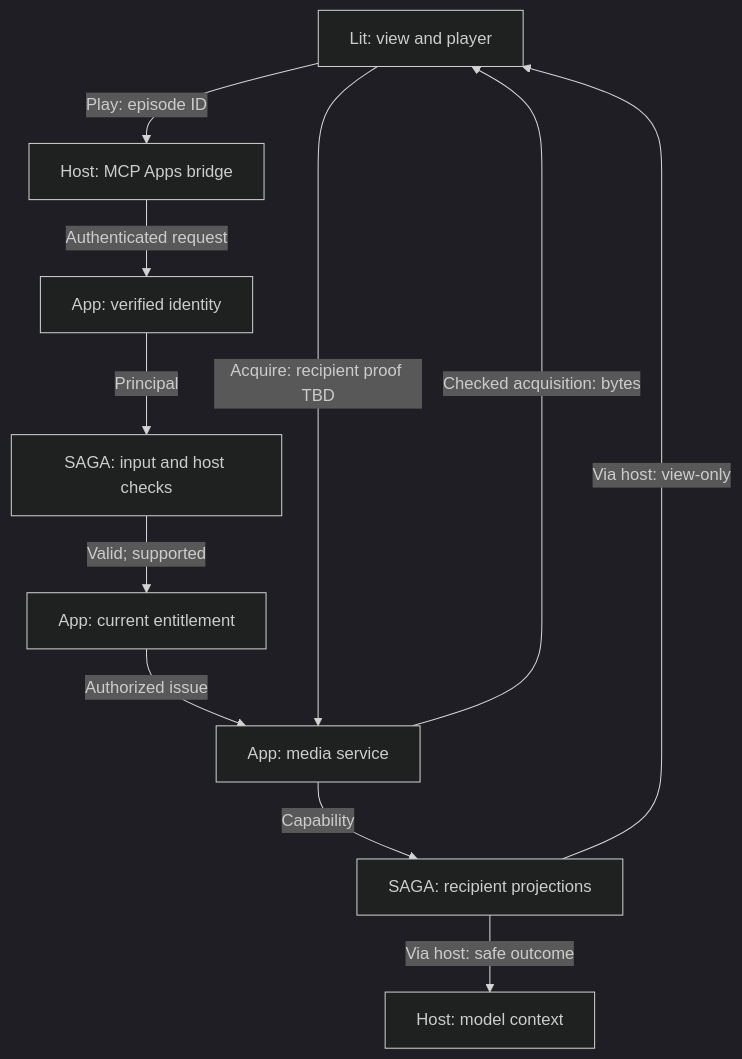
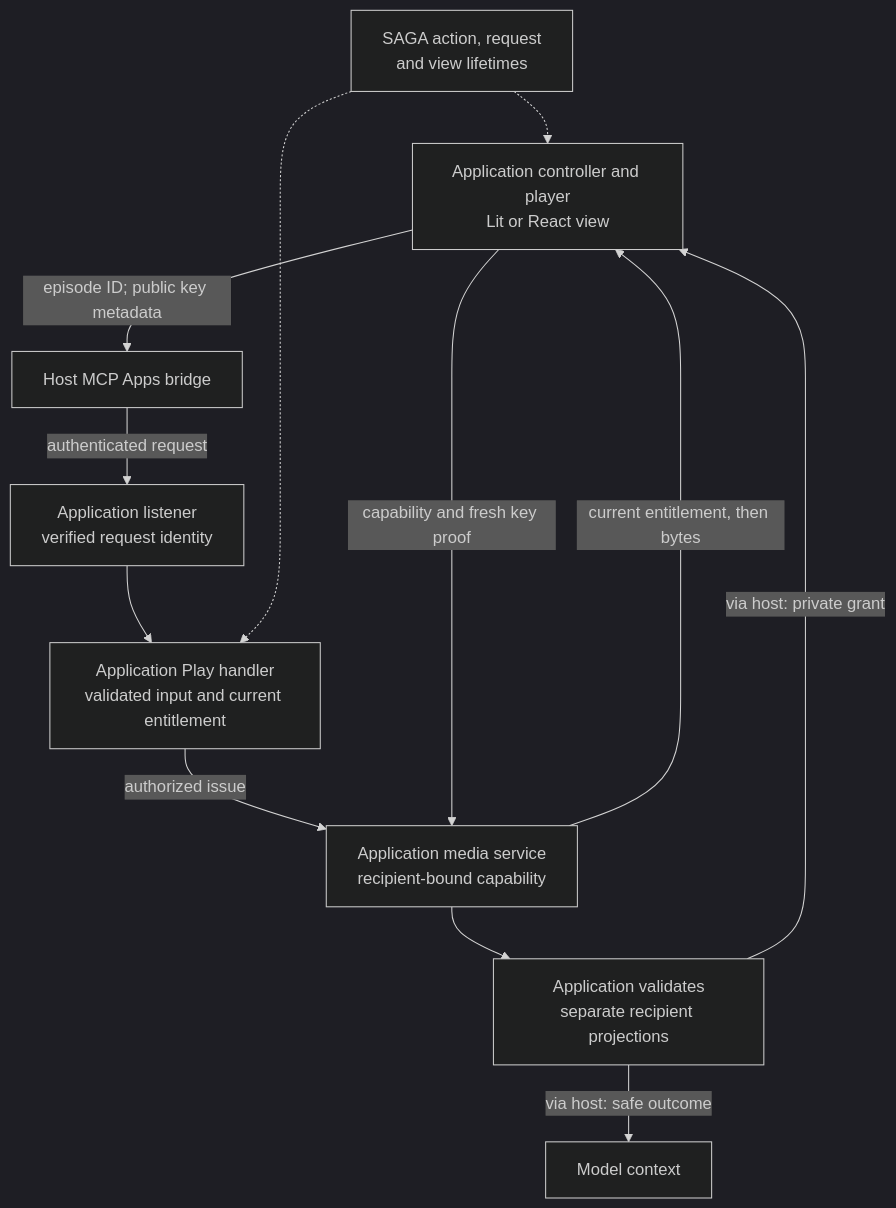
The diagram in diagrams/authorized-playback-ownership.mmd (MachineWisdomAI/saga-a2ui), drawn with Mermaid (dark theme) before and after one commit. The commit also changed 37 other files, not shown here.

Commit message:
docs: explain action and request lifecycle ownership

```diff
--- a/diagrams/authorized-playback-ownership.mmd
+++ b/diagrams/authorized-playback-ownership.mmd
@@ -1,19 +1,12 @@
-graph TD
-  V["Lit: view and player"]
-  H["Host: MCP Apps bridge"]
-  I["App: verified identity"]
-  E["App: current entitlement"]
-  S["App: media service"]
-  D["SAGA: input and host checks"]
-  P["SAGA: recipient projections"]
-  M["Host: model context"]
-  V -->|"Play: episode ID"| H
-  H -->|"Authenticated request"| I
-  I -->|"Principal"| D
-  D -->|"Valid; supported"| E
-  E -->|"Authorized issue"| S
-  S -->|"Capability"| P
-  P -->|"Via host: view-only"| V
-  P -->|"Via host: safe outcome"| M
-  V -->|"Acquire: recipient proof TBD"| S
-  S -->|"Checked acquisition: bytes"| V
+flowchart TD
+  V["Application controller and player<br/>Lit or React view"] -->|"episode ID; public key metadata"| H["Host MCP Apps bridge"]
+  H -->|"authenticated request"| I["Application listener<br/>verified request identity"]
+  I --> E["Application Play handler<br/>validated input and current entitlement"]
+  E -->|"authorized issue"| S["Application media service<br/>recipient-bound capability"]
+  S --> P["Application validates<br/>separate recipient projections"]
+  P -->|"via host: private grant"| V
+  P -->|"via host: safe outcome"| M["Model context"]
+  V -->|"capability and fresh key proof"| S
+  S -->|"current entitlement, then bytes"| V
+  SDK["SAGA action, request<br/>and view lifetimes"] -.-> V
+  SDK -.-> E
```
